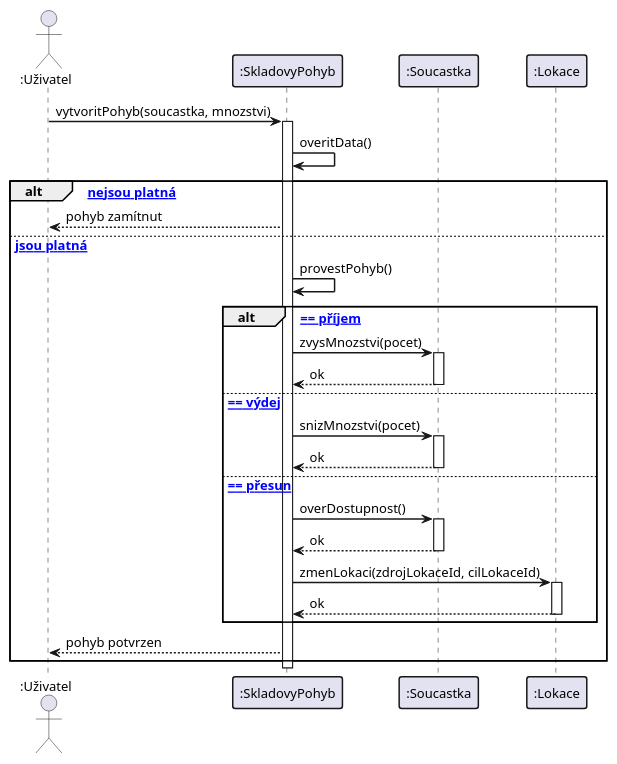
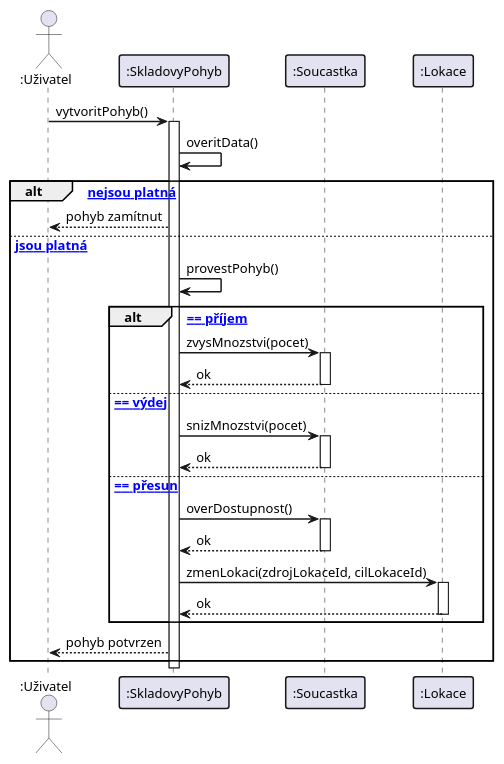
The diagram in diagrams/13_sequence_pohyb.puml (lkvapil/kOdevzdaniProjektWMS), drawn with PlantUML before and after one commit. The commit also changed 1 other file, not shown here.

Commit message:
Sekvenční diagram – odstraněny parametry z vytvoritPohyb()

```diff
--- a/diagrams/13_sequence_pohyb.puml
+++ b/diagrams/13_sequence_pohyb.puml
@@ -1,51 +1,51 @@
 @startuml
 skinparam defaultFontSize 13
 skinparam sequenceArrowThickness 1.5
 skinparam sequenceParticipantBorderThickness 1.5
 skinparam sequenceGroupBorderThickness 1.5
 
 actor ":Uživatel" as Uzivatel
 participant ":SkladovyPohyb" as Pohyb
 participant ":Soucastka" as Soucastka
 participant ":Lokace" as Lokace
 
-Uzivatel -> Pohyb : vytvoritPohyb(soucastka, mnozstvi)
+Uzivatel -> Pohyb : vytvoritPohyb()
 activate Pohyb
 
 Pohyb -> Pohyb : overitData()
 
 alt [data nejsou platná]
     Pohyb --> Uzivatel : pohyb zamítnut
 
 else [data jsou platná]
     Pohyb -> Pohyb : provestPohyb()
 
     alt [typ == příjem]
         Pohyb -> Soucastka : zvysMnozstvi(pocet)
         activate Soucastka
         Soucastka --> Pohyb : ok
         deactivate Soucastka
 
     else [typ == výdej]
         Pohyb -> Soucastka : snizMnozstvi(pocet)
         activate Soucastka
         Soucastka --> Pohyb : ok
         deactivate Soucastka
 
     else [typ == přesun]
         Pohyb -> Soucastka : overDostupnost()
         activate Soucastka
         Soucastka --> Pohyb : ok
         deactivate Soucastka
         Pohyb -> Lokace : zmenLokaci(zdrojLokaceId, cilLokaceId)
         activate Lokace
         Lokace --> Pohyb : ok
         deactivate Lokace
     end
 
     Pohyb --> Uzivatel : pohyb potvrzen
 end
 
 deactivate Pohyb
 
 @enduml
```
